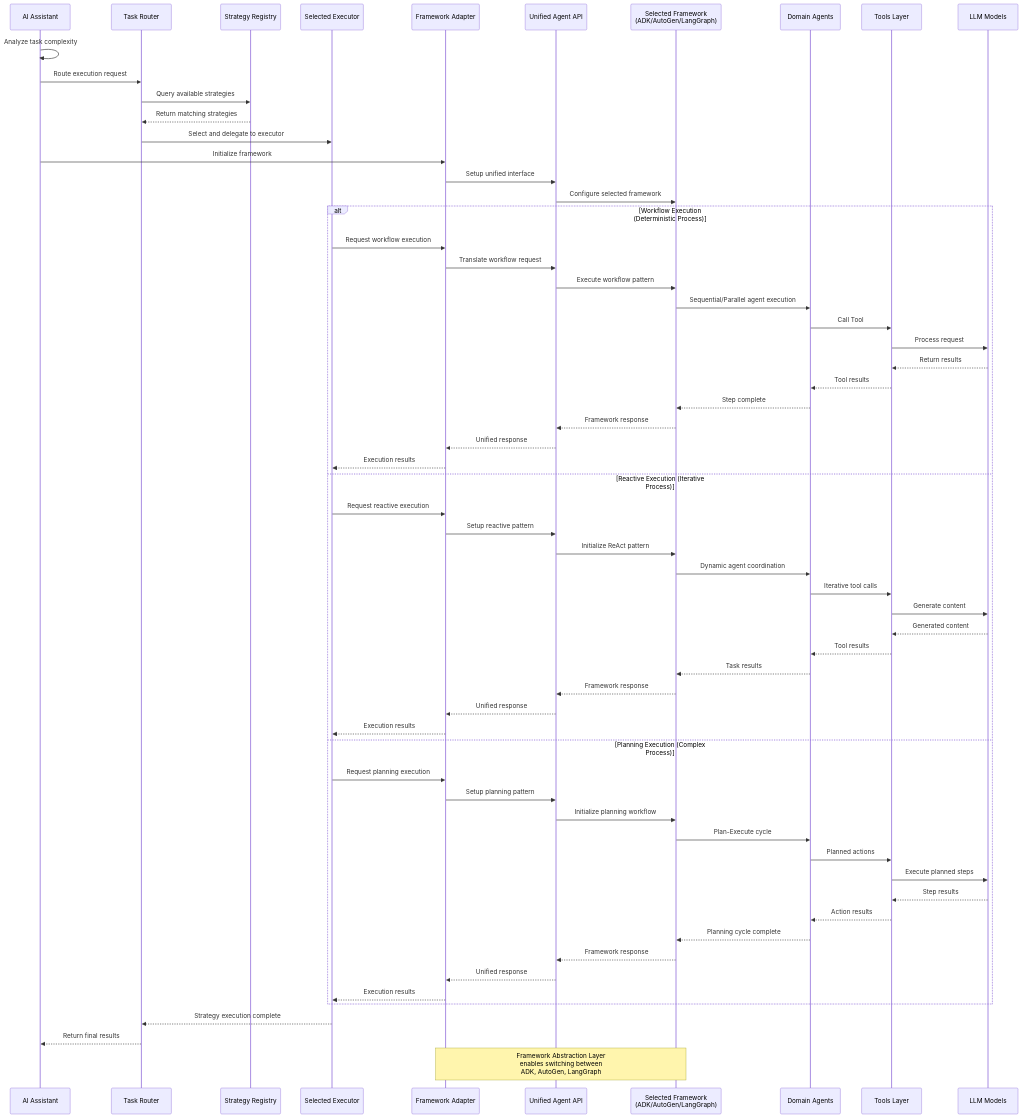
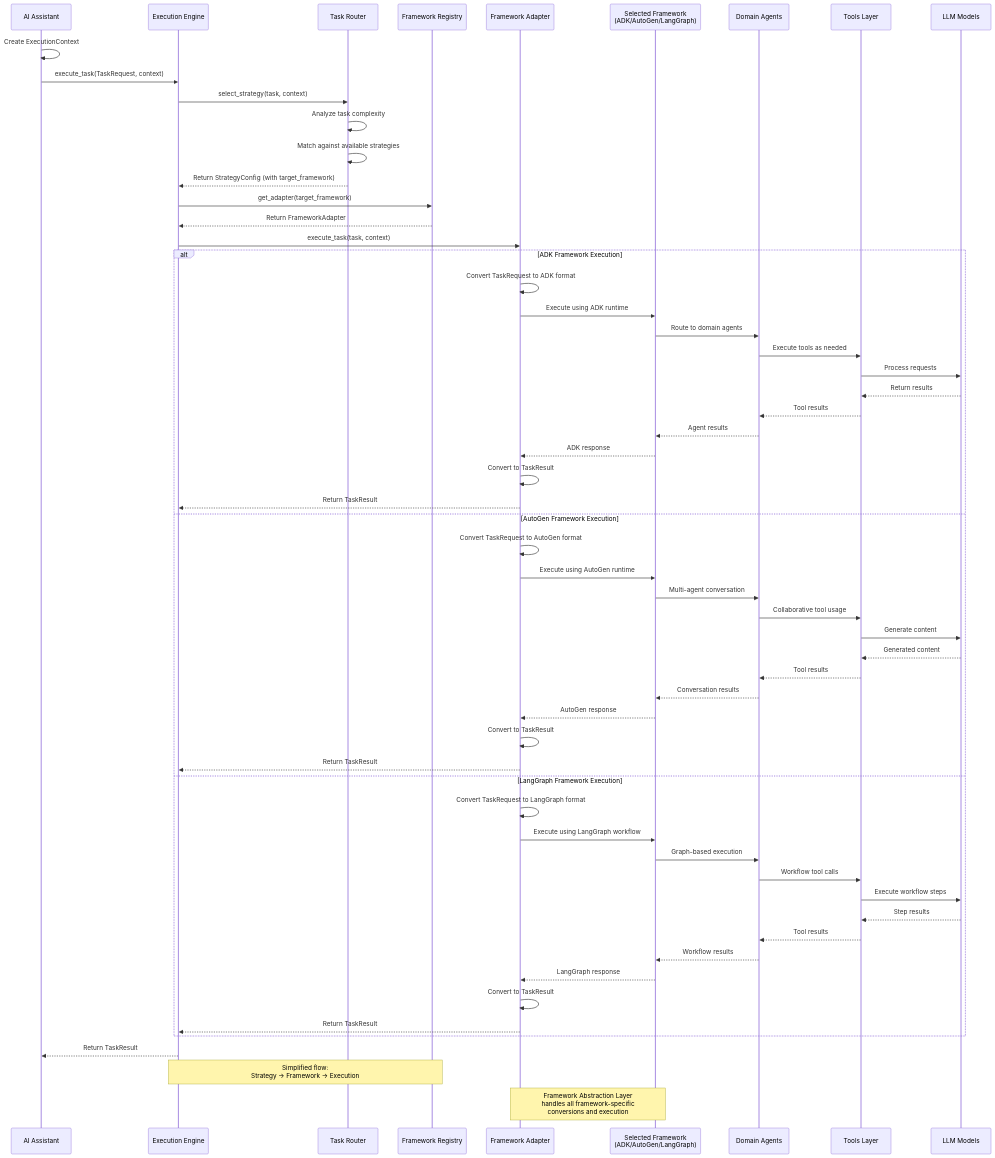
The second of 2 diagrams in docs/architecture.md (wudalu/aether-frame), drawn with Mermaid before and after one commit. The commit also changed other lines of this file and 1 other file, not shown here.

First line of the commit message:
feat: design framework abstraction layer with simplified execution flow

````diff
--- a/docs/architecture.md
+++ b/docs/architecture.md
@@ -156,70 +141,67 @@
 ```mermaid
 sequenceDiagram
     participant ENTRY as AI Assistant
+    participant ENGINE as Execution Engine
     participant ROUTER as Task Router
-    participant REGISTRY as Strategy Registry
-    participant EXEC as Selected Executor
+    participant REGISTRY as Framework Registry
     participant FAL as Framework Adapter
-    participant API as Unified Agent API
     participant FW as Selected Framework<br/>(ADK/AutoGen/LangGraph)
     participant DA as Domain Agents
     participant Tools as Tools Layer
     participant LLM as LLM Models
 
-    ENTRY->>ENTRY: Analyze task complexity
-    ENTRY->>ROUTER: Route execution request
-    ROUTER->>REGISTRY: Query available strategies
-    REGISTRY-->>ROUTER: Return matching strategies
-    ROUTER->>EXEC: Select and delegate to executor
-    ENTRY->>FAL: Initialize framework
-    FAL->>API: Setup unified interface
-    API->>FW: Configure selected framework
+    ENTRY->>ENTRY: Create ExecutionContext
+    ENTRY->>ENGINE: execute_task(TaskRequest, context)
+    ENGINE->>ROUTER: select_strategy(task, context)
+    ROUTER->>ROUTER: Analyze task complexity
+    ROUTER->>ROUTER: Match against available strategies
+    ROUTER-->>ENGINE: Return StrategyConfig (with target_framework)
+    ENGINE->>REGISTRY: get_adapter(target_framework)
+    REGISTRY-->>ENGINE: Return FrameworkAdapter
+    ENGINE->>FAL: execute_task(task, context)
     
-    alt Workflow Execution (Deterministic Process)
-        EXEC->>FAL: Request workflow execution
-        FAL->>API: Translate workflow request
-        API->>FW: Execute workflow pattern
-        FW->>DA: Sequential/Parallel agent execution
-        DA->>Tools: Call Tool
-        Tools->>LLM: Process request
+    alt ADK Framework Execution
+        FAL->>FAL: Convert TaskRequest to ADK format
+        FAL->>FW: Execute using ADK runtime
+        FW->>DA: Route to domain agents
+        DA->>Tools: Execute tools as needed
+        Tools->>LLM: Process requests
         LLM-->>Tools: Return results
         Tools-->>DA: Tool results
-        DA-->>FW: Step complete
-        FW-->>API: Framework response
-        API-->>FAL: Unified response
-        FAL-->>EXEC: Execution results
+        DA-->>FW: Agent results
+        FW-->>FAL: ADK response
+        FAL->>FAL: Convert to TaskResult
+        FAL-->>ENGINE: Return TaskResult
     
-    else Reactive Execution (Iterative Process)
-        EXEC->>FAL: Request reactive execution
-        FAL->>API: Setup reactive pattern
-        API->>FW: Initialize ReAct pattern
-        FW->>DA: Dynamic agent coordination
-        DA->>Tools: Iterative tool calls
+    else AutoGen Framework Execution
+        FAL->>FAL: Convert TaskRequest to AutoGen format
+        FAL->>FW: Execute using AutoGen runtime
+        FW->>DA: Multi-agent conversation
+        DA->>Tools: Collaborative tool usage
         Tools->>LLM: Generate content
         LLM-->>Tools: Generated content
         Tools-->>DA: Tool results
-        DA-->>FW: Task results
-        FW-->>API: Framework response
-        API-->>FAL: Unified response
-        FAL-->>EXEC: Execution results
+        DA-->>FW: Conversation results
+        FW-->>FAL: AutoGen response
+        FAL->>FAL: Convert to TaskResult
+        FAL-->>ENGINE: Return TaskResult
         
-    else Planning Execution (Complex Process)
-        EXEC->>FAL: Request planning execution
-        FAL->>API: Setup planning pattern
-        API->>FW: Initialize planning workflow
-        FW->>DA: Plan-Execute cycle
-        DA->>Tools: Planned actions
-        Tools->>LLM: Execute planned steps
+    else LangGraph Framework Execution
+        FAL->>FAL: Convert TaskRequest to LangGraph format
+        FAL->>FW: Execute using LangGraph workflow
+        FW->>DA: Graph-based execution
+        DA->>Tools: Workflow tool calls
+        Tools->>LLM: Execute workflow steps
         LLM-->>Tools: Step results
-        Tools-->>DA: Action results
-        DA-->>FW: Planning cycle complete
-        FW-->>API: Framework response
-        API-->>FAL: Unified response
-        FAL-->>EXEC: Execution results
+        Tools-->>DA: Tool results
+        DA-->>FW: Workflow results
+        FW-->>FAL: LangGraph response
+        FAL->>FAL: Convert to TaskResult
+        FAL-->>ENGINE: Return TaskResult
     end
     
-    EXEC-->>ROUTER: Strategy execution complete
-    ROUTER-->>ENTRY: Return final results
+    ENGINE-->>ENTRY: Return TaskResult
     
-    Note over FAL,FW: Framework Abstraction Layer<br/>enables switching between<br/>ADK, AutoGen, LangGraph
+    Note over ENGINE,REGISTRY: Simplified flow:<br/>Strategy → Framework → Execution
+    Note over FAL,FW: Framework Abstraction Layer<br/>handles all framework-specific<br/>conversions and execution
 ```
````
